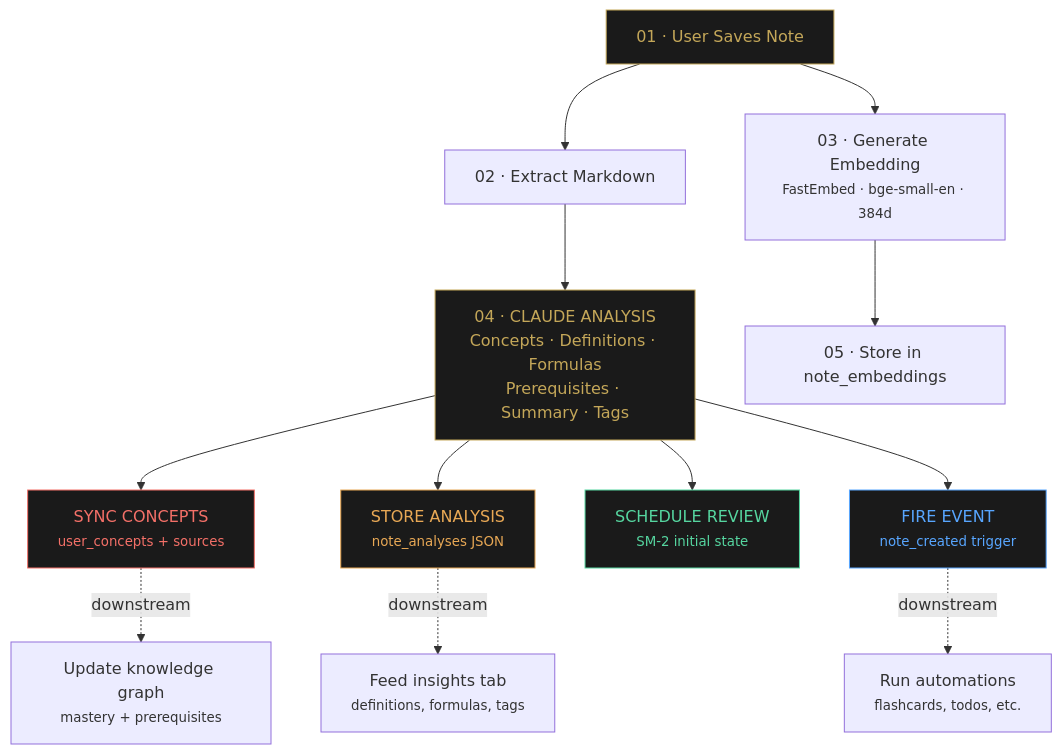
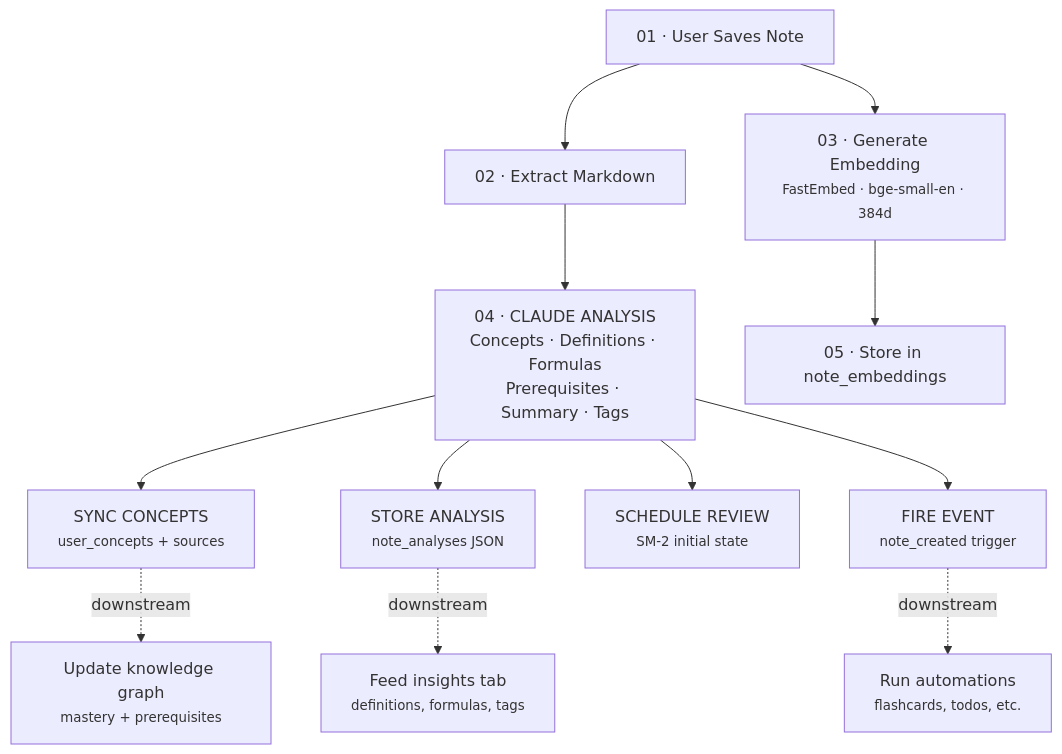
The second of 6 diagrams in content/blog/neuronic.md (hwang2409/hwang2409.github.io), drawn with Mermaid before and after one commit. The commit also changed other lines of this file and 12 other files, not shown here.

````diff
--- a/content/blog/neuronic.md
+++ b/content/blog/neuronic.md
@@ -115,24 +115,18 @@
 ```mermaid
 flowchart TD
     A["01 · User Saves Note"] --> B["02 · Extract Markdown"]
     A --> C["03 · Generate Embedding<br/><small>FastEmbed · bge-small-en · 384d</small>"]
 
     B --> D["04 · CLAUDE ANALYSIS<br/>Concepts · Definitions · Formulas<br/>Prerequisites · Summary · Tags"]
     C --> E["05 · Store in note_embeddings"]
 
     D --> F["SYNC CONCEPTS<br/><small>user_concepts + sources</small>"]
     D --> G["STORE ANALYSIS<br/><small>note_analyses JSON</small>"]
     D --> H["SCHEDULE REVIEW<br/><small>SM-2 initial state</small>"]
     D --> I["FIRE EVENT<br/><small>note_created trigger</small>"]
 
     F -. "downstream" .-> J["Update knowledge graph<br/><small>mastery + prerequisites</small>"]
     G -. "downstream" .-> K["Feed insights tab<br/><small>definitions, formulas, tags</small>"]
     I -. "downstream" .-> L["Run automations<br/><small>flashcards, todos, etc.</small>"]
 
-    style A fill:#1a1a1a,stroke:#c4a759,color:#c4a759
-    style D fill:#1a1a1a,stroke:#c4a759,color:#c4a759
-    style F fill:#1a1a1a,stroke:#f47068,color:#f47068
-    style G fill:#1a1a1a,stroke:#e8a855,color:#e8a855
-    style H fill:#1a1a1a,stroke:#56d6a0,color:#56d6a0
-    style I fill:#1a1a1a,stroke:#58a6ff,color:#58a6ff
 ```
````
